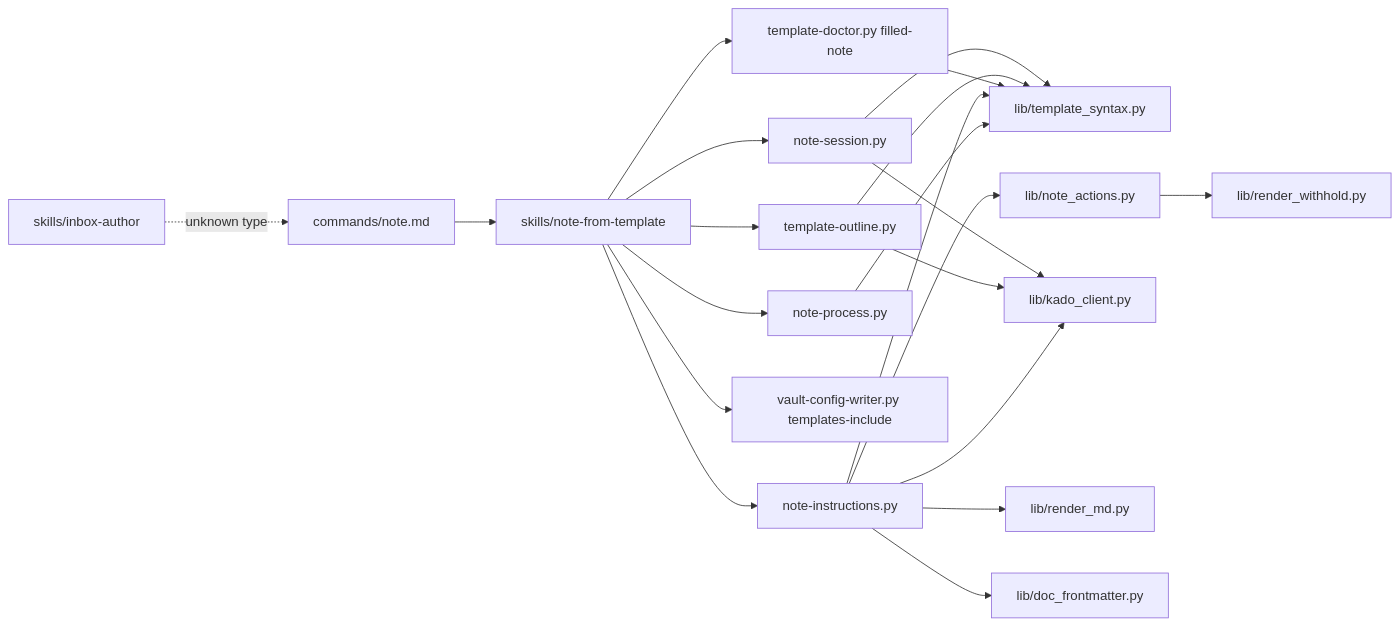
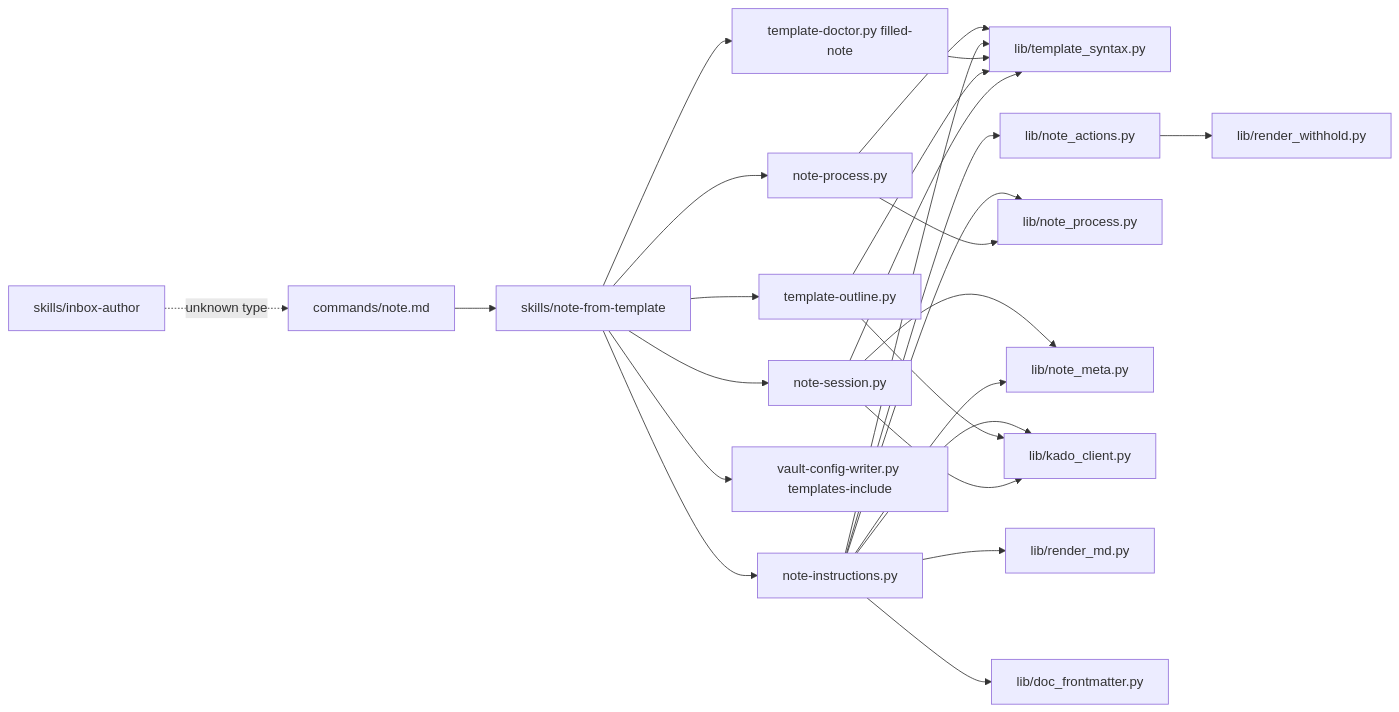
The second of 4 diagrams in docs/XDD/specs/044-note-from-template/solution.md (MMoMM-org/miyo-tomo), drawn with Mermaid before and after one commit. The commit also changed other lines of this file and 1 other file, not shown here.

````diff
--- a/docs/XDD/specs/044-note-from-template/solution.md
+++ b/docs/XDD/specs/044-note-from-template/solution.md
@@ -223,23 +223,27 @@
 ```mermaid
 graph LR
     Cmd[commands/note.md] --> Skill[skills/note-from-template]
     Skill --> Session[note-session.py]
     Skill --> Outline[template-outline.py]
     Skill --> Instr[note-instructions.py]
     Skill --> Proc[note-process.py]
     Skill --> Writer[vault-config-writer.py templates-include]
     Skill --> Doctor[template-doctor.py filled-note]
     Session --> Syntax[lib/template_syntax.py]
     Outline --> Syntax
     Doctor --> Syntax
     Instr --> Syntax
     Instr --> Actions[lib/note_actions.py]
     Proc --> Syntax
+    Proc --> ProcLib[lib/note_process.py]
+    Instr --> ProcLib
+    Instr --> Meta[lib/note_meta.py]
+    Session --> Meta
     Session --> Kado[lib/kado_client.py]
     Outline --> Kado
     Instr --> Kado
     Actions --> Withhold[lib/render_withhold.py]
     Instr --> RenderMd[lib/render_md.py]
     Instr --> DocFm[lib/doc_frontmatter.py]
     Author[skills/inbox-author] -.unknown type.-> Cmd
 ```
````
